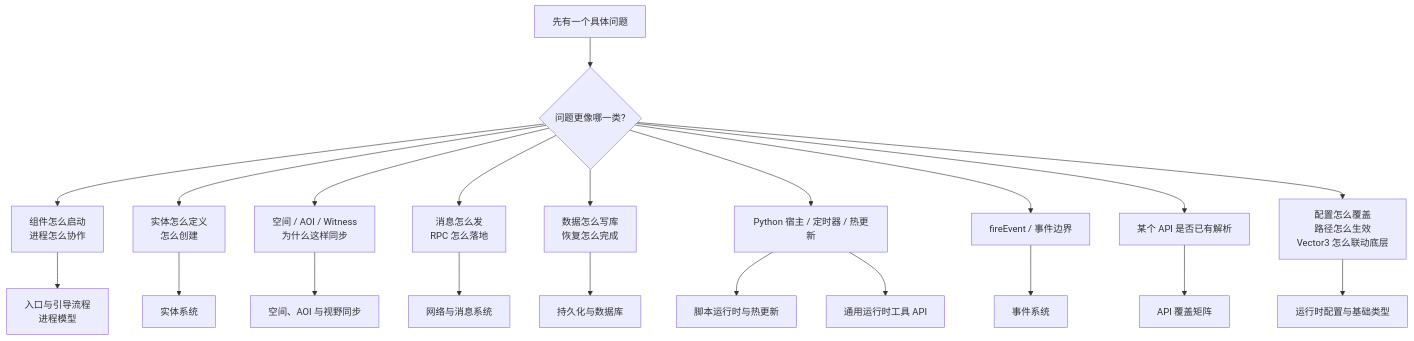
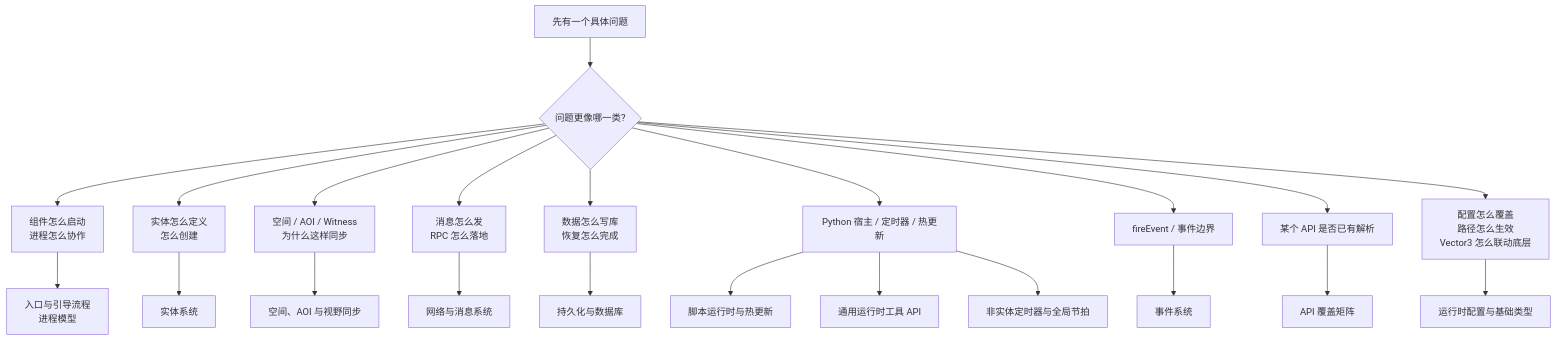
The diagram in docs/architecture/source-analysis/index.md (cuihairu/kbengine), drawn with Mermaid before and after one commit. The commit also changed other lines of this file and 3 other files, not shown here.

````diff
--- a/docs/architecture/source-analysis/index.md
+++ b/docs/architecture/source-analysis/index.md
@@ -11,25 +11,26 @@
 ```mermaid
 flowchart TD
     Q["先有一个具体问题"] --> A{"问题更像哪一类?"}
 
     A --> B["组件怎么启动\n进程怎么协作"]
     A --> C["实体怎么定义\n怎么创建"]
     A --> D["空间 / AOI / Witness\n为什么这样同步"]
     A --> E["消息怎么发\nRPC 怎么落地"]
     A --> F["数据怎么写库\n恢复怎么完成"]
     A --> G["Python 宿主 / 定时器 / 热更新"]
     A --> H["fireEvent / 事件边界"]
     A --> I["某个 API 是否已有解析"]
     A --> J["配置怎么覆盖\n路径怎么生效\nVector3 怎么联动底层"]
 
     B --> B1["入口与引导流程\n进程模型"]
     C --> C1["实体系统"]
     D --> D1["空间、AOI 与视野同步"]
     E --> E1["网络与消息系统"]
     F --> F1["持久化与数据库"]
     G --> G1["脚本运行时与热更新"]
     G --> G2["通用运行时工具 API"]
+    G --> G3["非实体定时器与全局节拍"]
     H --> H1["事件系统"]
     I --> I1["API 覆盖矩阵"]
     J --> J1["运行时配置与基础类型"]
 ```
````
